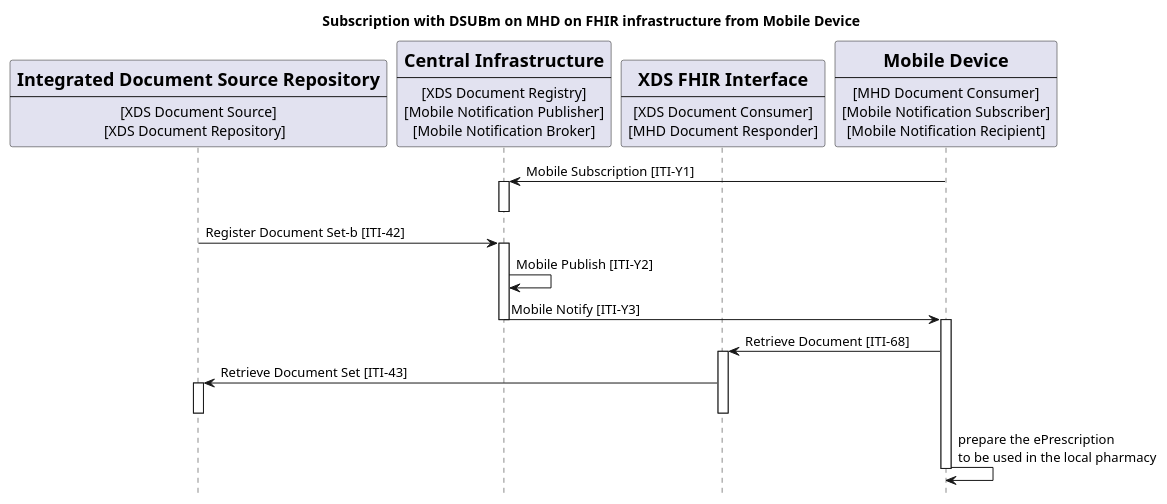
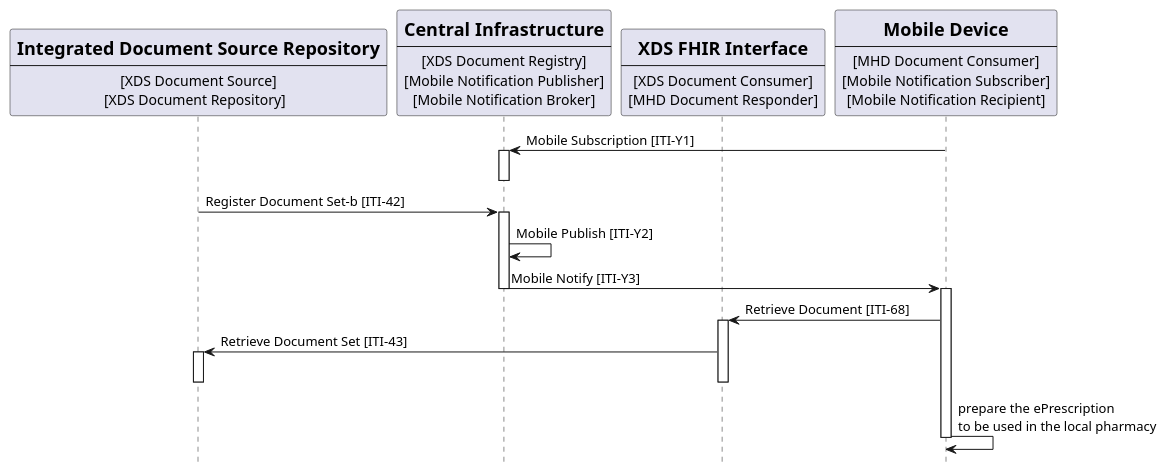
Before and after one commit to IHE/ITI.DSUBm: the diagram in input/images-source/usecase3-processflow.plantuml, drawn with PlantUML. The commit also changed 6 other files, not shown here.

```diff
--- a/input/images-source/usecase3-processflow.plantuml
+++ b/input/images-source/usecase3-processflow.plantuml
@@ -1,56 +1,56 @@
 @startuml
 skinparam svgDimensionStyle false
 hide footbox
-title "Subscription with DSUBm on MHD on FHIR infrastructure from Mobile Device" 
+/'title "Subscription with DSUBm on MHD on FHIR infrastructure from Mobile Device" '/
 
 participant Repository [
     =Integrated Document Source Repository
     ----
     [XDS Document Source]
     [XDS Document Repository]  
 ] 
 
 participant Central [
     =Central Infrastructure
     ----
     [XDS Document Registry]
     [Mobile Notification Publisher]
     [Mobile Notification Broker]
 ] 
 
 participant XDSonFHIR [
     =XDS FHIR Interface
     ----
     [XDS Document Consumer]
     [MHD Document Responder]
 ] 
 
 participant MobileDevice [
     =Mobile Device
     ----
     [MHD Document Consumer]
     [Mobile Notification Subscriber]
     [Mobile Notification Recipient]
 ] 
 
 MobileDevice -> Central: Mobile Subscription [ITI-Y1]
 activate Central
 deactivate Central
 
 Repository -> Central: Register Document Set-b [ITI-42]
 activate Central
 Central -> Central :  Mobile Publish [ITI-Y2]
 Central -> MobileDevice: Mobile Notify [ITI-Y3]
 deactivate Central
 activate MobileDevice
 MobileDevice -> XDSonFHIR: Retrieve Document [ITI-68]
 activate XDSonFHIR
 XDSonFHIR -> Repository: Retrieve Document Set [ITI-43]
 activate Repository
 deactivate XDSonFHIR
 deactivate Repository
 MobileDevice -> MobileDevice: prepare the ePrescription\nto be used in the local pharmacy
 deactivate MobileDevice
 
 
 @enduml
```
